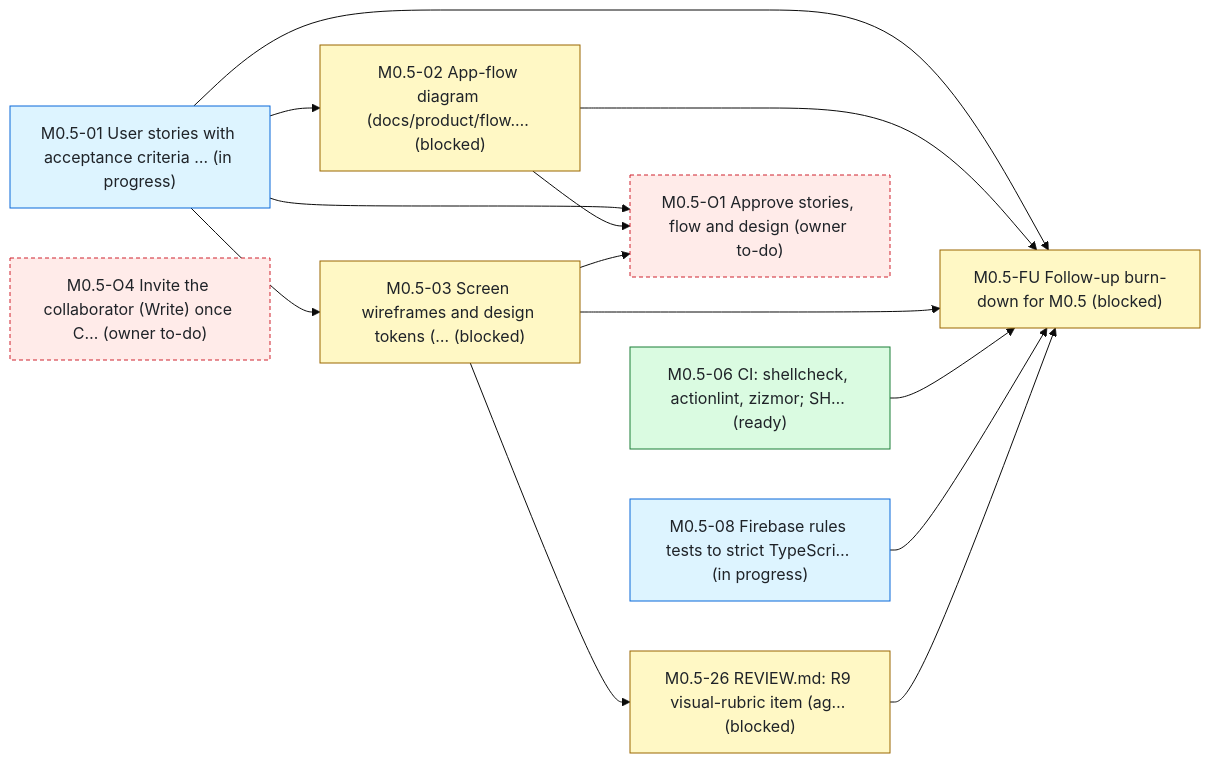
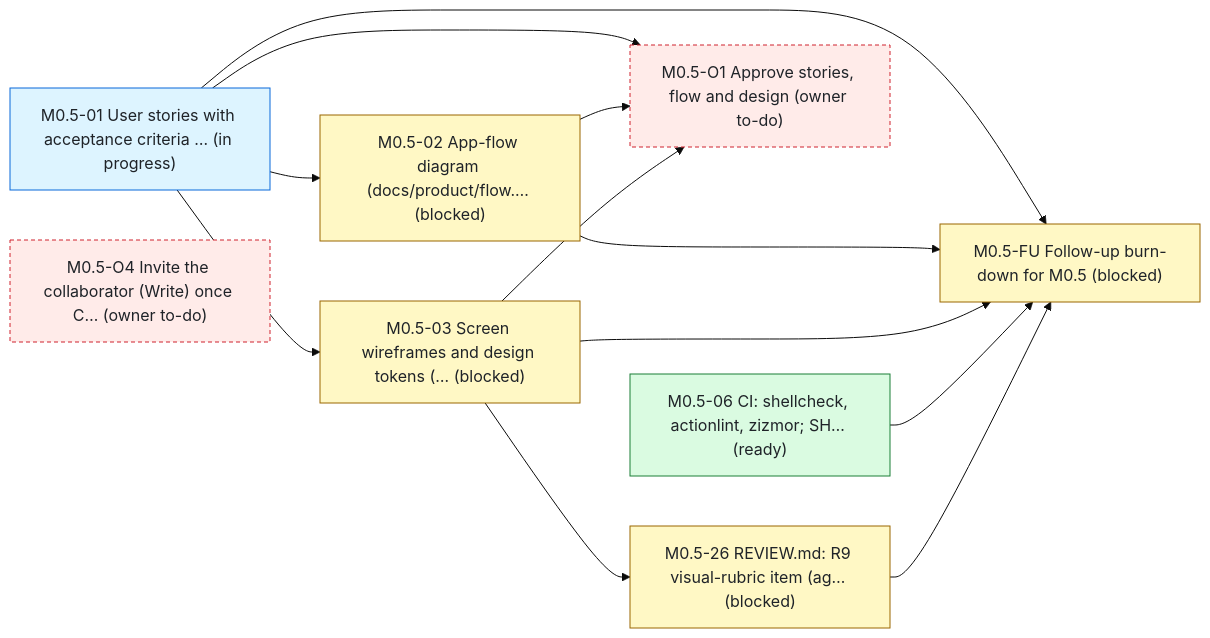
One commit to bondo/listicles2 changed the first of 2 diagrams in status.md. Above: the diagram before and after it, drawn with Mermaid (base theme). The commit also changed other lines of this file and 2 other files, not shown here.

Commit message:
status: update

````diff
--- a/status.md
+++ b/status.md
@@ -108,29 +108,27 @@
 ```mermaid
 flowchart LR
     n0["M0.5-01 User stories with acceptance criteria … (in progress)"]:::progress
     n1["M0.5-02 App-flow diagram (docs/product/flow.… (blocked)"]:::blocked
     n2["M0.5-03 Screen wireframes and design tokens (… (blocked)"]:::blocked
     n3["M0.5-06 CI: shellcheck, actionlint, zizmor#59; SH… (ready)"]:::ready
-    n4["M0.5-08 Firebase rules tests to strict TypeScri… (in progress)"]:::progress
-    n5["M0.5-FU Follow-up burn-down for M0.5 (blocked)"]:::blocked
-    n6["M0.5-O1 Approve stories, flow and design (owner to-do)"]:::owner
-    n7["M0.5-26 REVIEW.md: R9 visual-rubric item (ag… (blocked)"]:::blocked
-    n8["M0.5-O4 Invite the collaborator (Write) once C… (owner to-do)"]:::owner
+    n4["M0.5-FU Follow-up burn-down for M0.5 (blocked)"]:::blocked
+    n5["M0.5-O1 Approve stories, flow and design (owner to-do)"]:::owner
+    n6["M0.5-26 REVIEW.md: R9 visual-rubric item (ag… (blocked)"]:::blocked
+    n7["M0.5-O4 Invite the collaborator (Write) once C… (owner to-do)"]:::owner
     n0 --> n1
     n0 --> n2
+    n0 --> n4
+    n1 --> n4
+    n2 --> n4
+    n3 --> n4
+    n6 --> n4
     n0 --> n5
     n1 --> n5
     n2 --> n5
-    n3 --> n5
-    n4 --> n5
-    n7 --> n5
-    n0 --> n6
-    n1 --> n6
     n2 --> n6
-    n2 --> n7
     classDef ready fill:#dafbe1,stroke:#1a7f37,color:#1f2328
     classDef progress fill:#ddf4ff,stroke:#0969da,color:#1f2328
     classDef blocked fill:#fff8c5,stroke:#9a6700,color:#1f2328
     classDef owner fill:#ffebe9,stroke:#cf222e,color:#1f2328,stroke-dasharray:4 3
     classDef ext fill:#eaeef2,stroke:#59636e,color:#1f2328,stroke-dasharray:2 2
 ```
````
